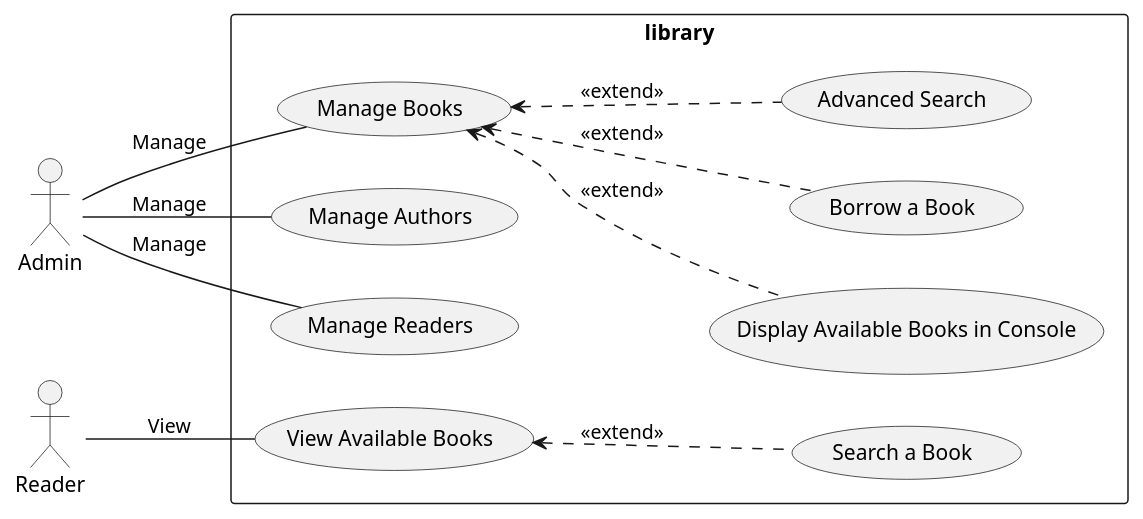
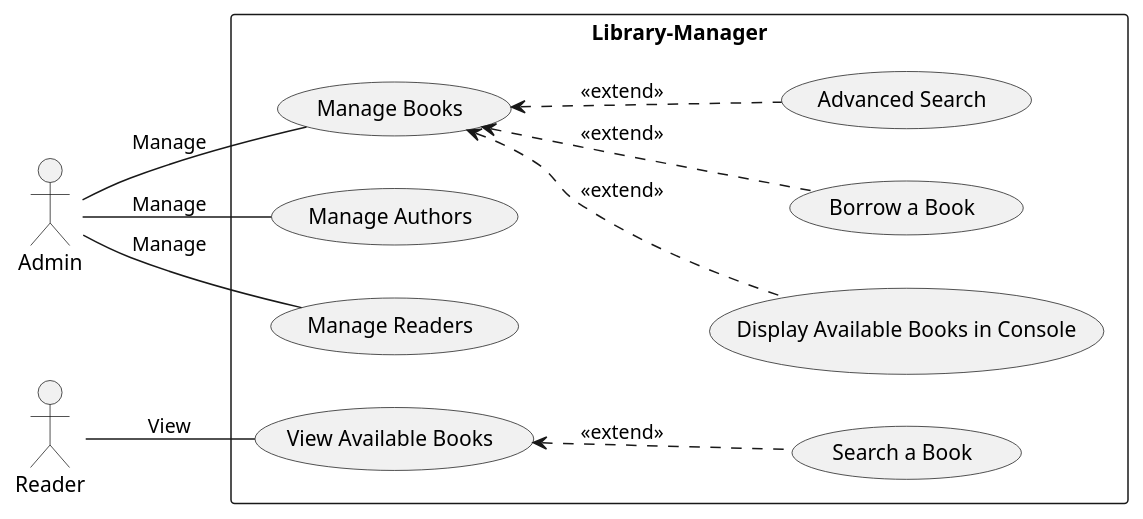
The diagram in Analyse/useCase.puml (samiaBoug/PHP-POO-), drawn with PlantUML before and after one commit. The commit also changed 19 other files, not shown here.

```diff
--- a/Analyse/useCase.puml
+++ b/Analyse/useCase.puml
@@ -1,25 +1,25 @@
 @startuml
 left to right direction
 actor Admin
 actor Reader
-rectangle library{
+rectangle Library-Manager{
 usecase "Manage Books" as UC_ManageBook
 usecase "View Available Books" as UC_ViewAvailableBooks
 usecase "Advanced Search" as UC_AdvancedSearch
 usecase "Search a Book" as UC_SearchBook
 usecase "Display Available Books in Console" as UC_DisplayBooksConsole
 usecase "Borrow a Book" as UC_BorrowBook
 usecase "Manage Authors" as UC_ManageAuthors
 usecase "Manage Readers" as UC_ManageReaders
 }
 UC_ViewAvailableBooks  <.. UC_SearchBook : <<extend>>
 UC_ManageBook <.. UC_AdvancedSearch : <<extend>>
 UC_ManageBook <.. UC_DisplayBooksConsole : <<extend>>
 UC_ManageBook <.. UC_BorrowBook: <<extend>>
 
 Admin -- UC_ManageBook : "Manage"
 Admin -- UC_ManageAuthors : "Manage"
 Admin -- UC_ManageReaders : "Manage"
 
 Reader -- UC_ViewAvailableBooks : "View"
 @enduml
```
